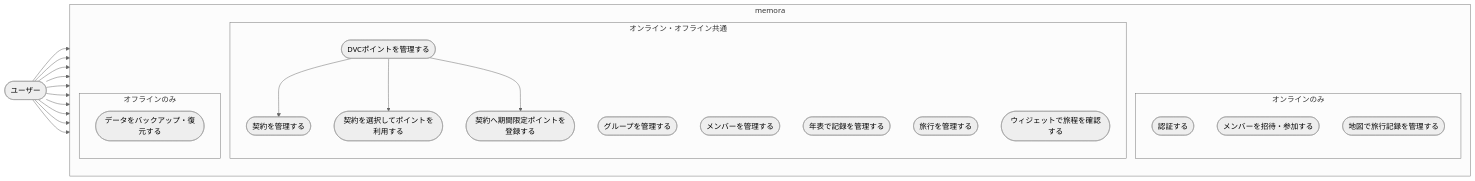
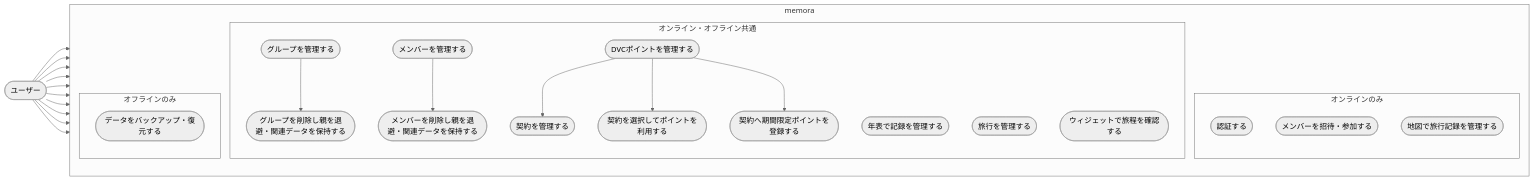
Before and after one commit to taka-016/memora: the diagram in docs/usecase_diagram.md, drawn with Mermaid (neutral theme). The commit also changed other lines of this file and 4 other files, not shown here.

````diff
--- a/docs/usecase_diagram.md
+++ b/docs/usecase_diagram.md
@@ -5,44 +5,48 @@
 ```mermaid
 graph LR
     User([ユーザー])
 
     subgraph memora
         direction TB
 
         subgraph Online[オンラインのみ]
             Auth([認証する])
             Invite([メンバーを招待・参加する])
             Map([地図で旅行記録を管理する])
         end
 
         subgraph Common[オンライン・オフライン共通]
             Group([グループを管理する])
             Member([メンバーを管理する])
+            DeleteGroup([グループを削除し親を退避・関連データを保持する])
+            DeleteMember([メンバーを削除し親を退避・関連データを保持する])
             Timeline([年表で記録を管理する])
             Trip([旅行を管理する])
             Dvc([DVCポイントを管理する])
             DvcContract([契約を管理する])
             DvcUsage([契約を選択してポイントを利用する])
             DvcLimited([契約へ期間限定ポイントを登録する])
             Widget([ウィジェットで旅程を確認する])
         end
 
         subgraph Offline[オフラインのみ]
             Backup([データをバックアップ・復元する])
         end
     end
 
     User --> Auth
     User --> Invite
     User --> Map
     User --> Group
     User --> Member
+    Group --> DeleteGroup
+    Member --> DeleteMember
     User --> Timeline
     User --> Trip
     User --> Dvc
     Dvc --> DvcContract
     Dvc --> DvcUsage
     Dvc --> DvcLimited
     User --> Widget
     User --> Backup
 ```
````
